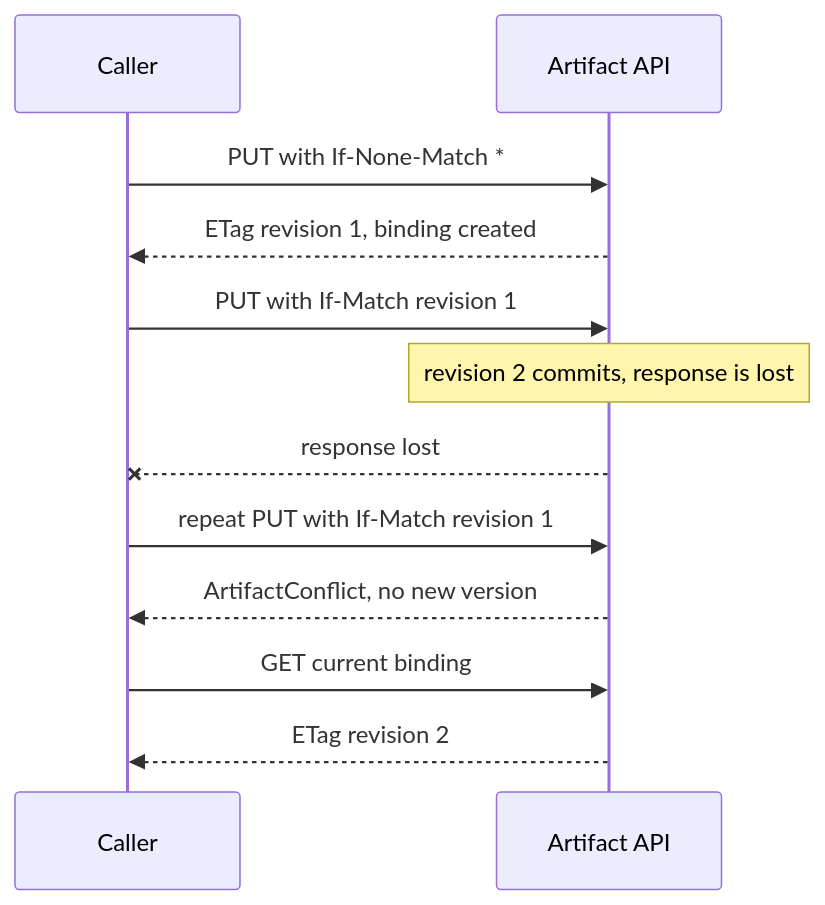
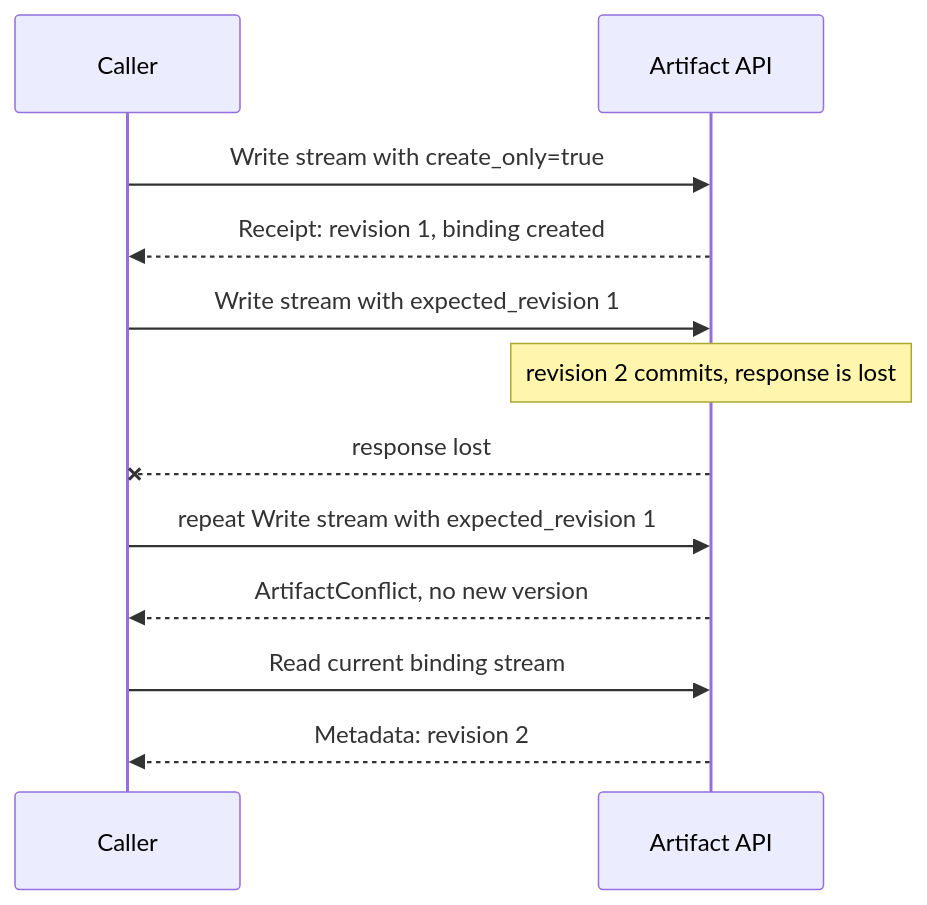
Before and after one commit to grauwolf32/contractor: the third of 3 diagrams in docs/spec/artifacts/artifact-store.md, drawn with Mermaid. The commit also changed other lines of this file and 229 other files, not shown here.

````diff
--- a/docs/spec/artifacts/artifact-store.md
+++ b/docs/spec/artifacts/artifact-store.md
@@ -1246,14 +1231,14 @@
 ```mermaid
 sequenceDiagram
     participant C as Caller
     participant A as Artifact API
-    C->>A: PUT with If-None-Match *
-    A-->>C: ETag revision 1, binding created
-    C->>A: PUT with If-Match revision 1
+    C->>A: Write stream with create_only=true
+    A-->>C: Receipt: revision 1, binding created
+    C->>A: Write stream with expected_revision 1
     Note over A: revision 2 commits, response is lost
     A--xC: response lost
-    C->>A: repeat PUT with If-Match revision 1
+    C->>A: repeat Write stream with expected_revision 1
     A-->>C: ArtifactConflict, no new version
-    C->>A: GET current binding
-    A-->>C: ETag revision 2
+    C->>A: Read current binding stream
+    A-->>C: Metadata: revision 2
 ```
````
